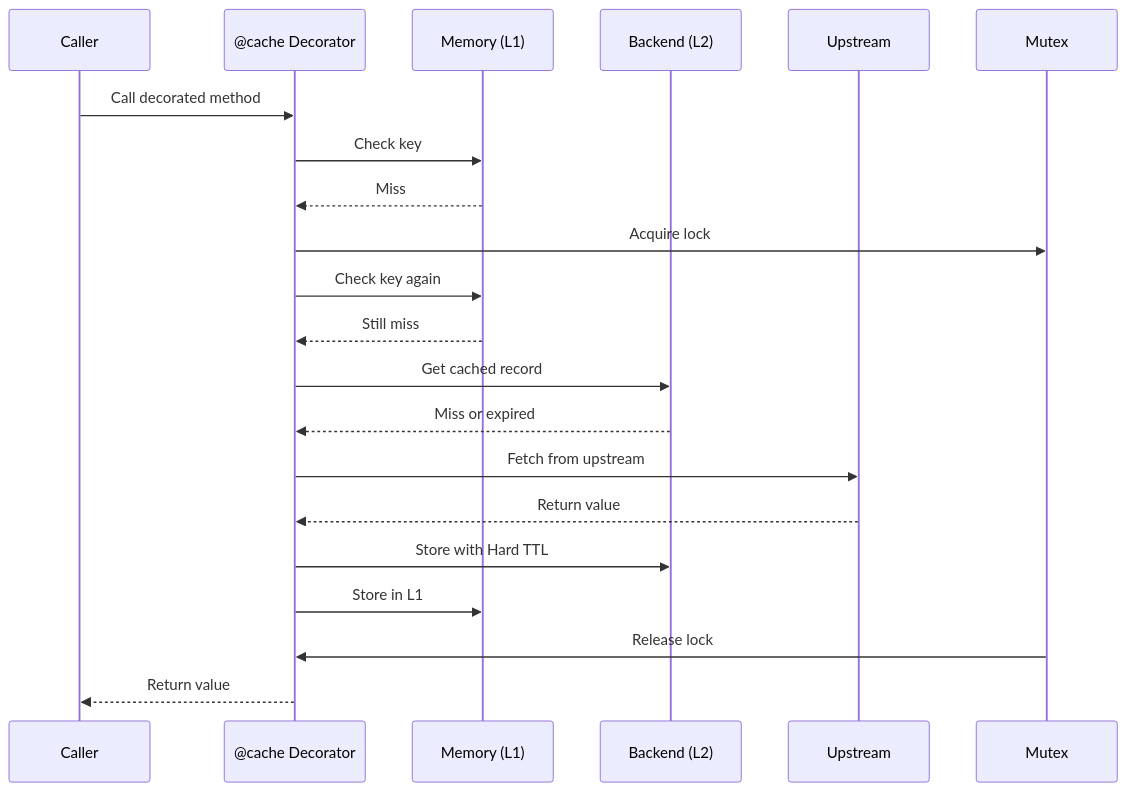
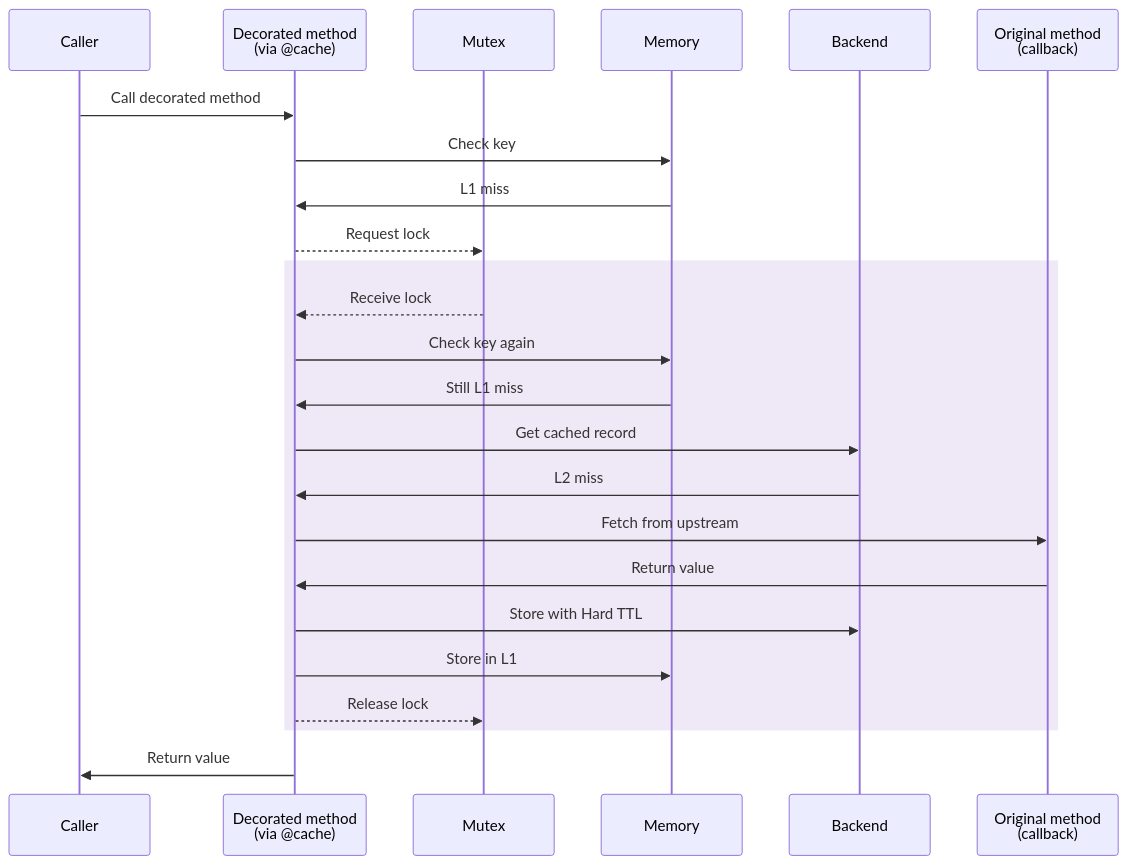
The fourth of 9 diagrams in lib/util/cache/package/readme.md (renovatebot/renovate), drawn with Mermaid before and after one commit. The commit also changed other lines of this file, not shown here.

````diff
--- a/lib/util/cache/package/readme.md
+++ b/lib/util/cache/package/readme.md
@@ -106,28 +109,31 @@
 ```mermaid
 sequenceDiagram
     participant C as Caller
-    participant D as @cache Decorator
-    participant M as Memory (L1)
-    participant B as Backend (L2)
-    participant U as Upstream
+    participant D as Decorated method <br/>(via @cache)
     participant X as Mutex
+    participant L1 as Memory
+    participant L2 as Backend
+    participant U as Original method <br/>(callback)
 
     C->>D: Call decorated method
-    D->>M: Check key
-    M-->>D: Miss
+    D->>L1: Check key
+    L1->>D: L1 miss
 
-    D->>X: Acquire lock
-    D->>M: Check key again
-    M-->>D: Still miss
+    D-->>X: Request lock
+    rect rgba(150, 100, 200, 0.15)
+        X-->>D: Receive lock
+        D->>L1: Check key again
+        L1->>D: Still L1 miss
 
-    D->>B: Get cached record
-    B-->>D: Miss or expired
+        D->>L2: Get cached record
+        L2->>D: L2 miss
 
-    D->>U: Fetch from upstream
-    U-->>D: Return value
+        D->>U: Fetch from upstream
+        U->>D: Return value
 
-    D->>B: Store with Hard TTL
-    D->>M: Store in L1
-    X->>D: Release lock
-    D-->>C: Return value
+        D->>L2: Store with Hard TTL
+        D->>L1: Store in L1
+        D-->>X: Release lock
+    end
+    D->>C: Return value
 ```
````
